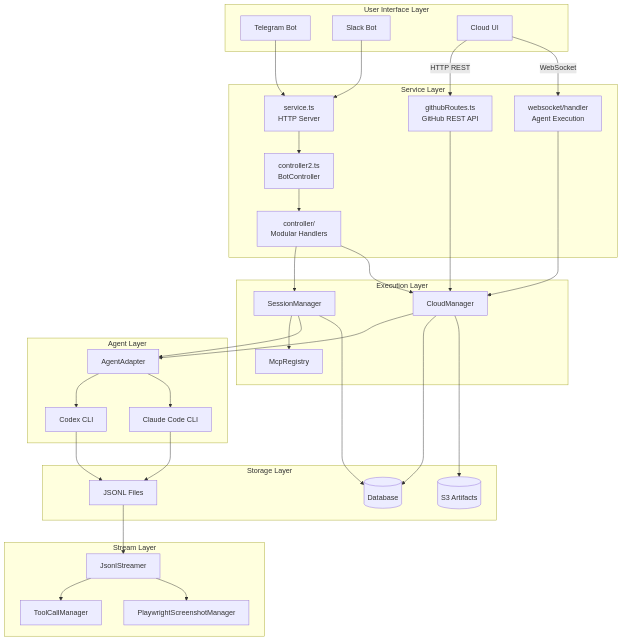
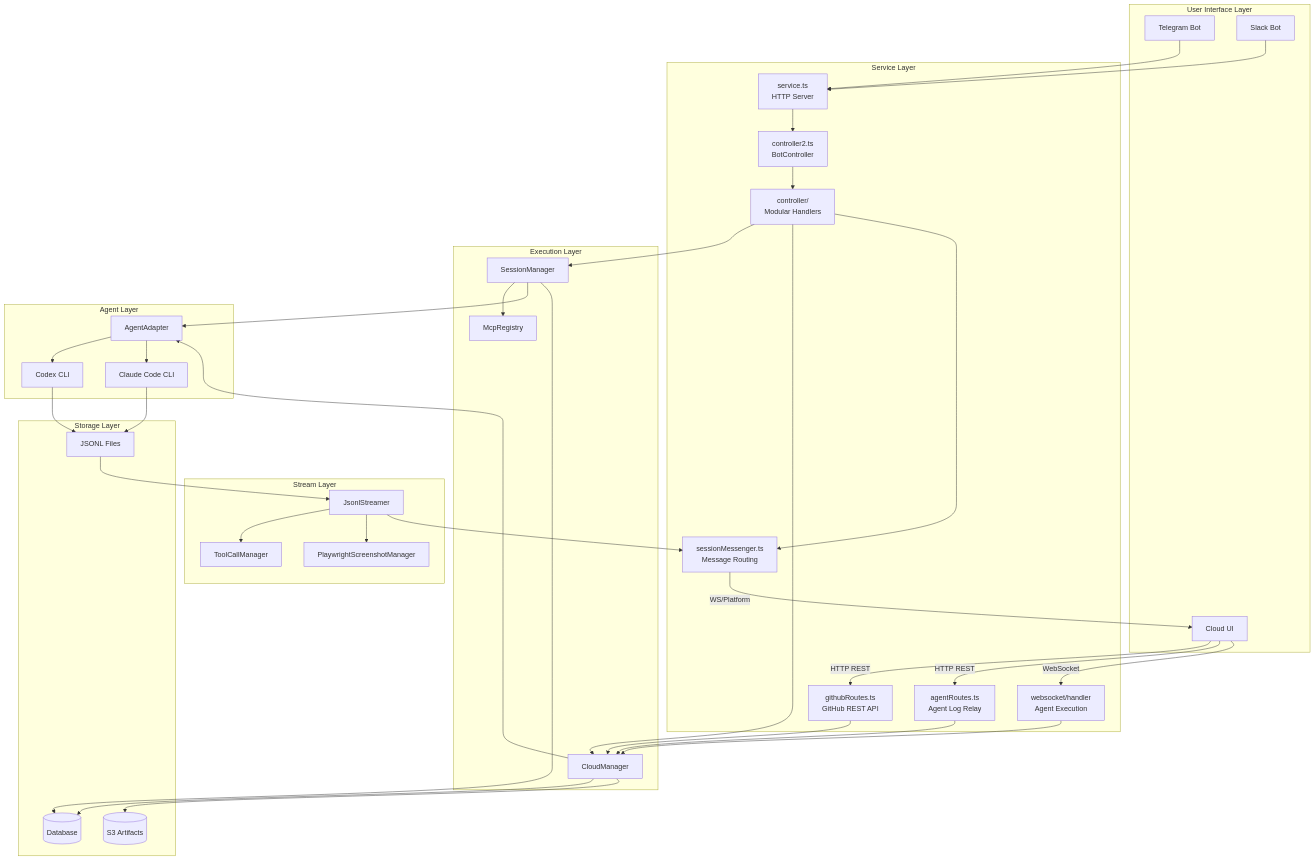
One commit to MichaelC001/tintin changed the first of 6 diagrams in docs/ARCHITECTURE.md. Above: the diagram before and after it, drawn with Mermaid. The commit also changed other lines of this file and 5 other files, not shown here.

````diff
--- a/docs/ARCHITECTURE.md
+++ b/docs/ARCHITECTURE.md
@@ -7,64 +7,71 @@
 ```mermaid
 graph TB
     subgraph UI["User Interface Layer"]
         TG[Telegram Bot]
         SL[Slack Bot]
         CUI[Cloud UI]
     end
 
     subgraph Service["Service Layer"]
         SVC[service.ts<br/>HTTP Server]
         CTL[controller2.ts<br/>BotController]
         CTRL[controller/<br/>Modular Handlers]
+        MSG[sessionMessenger.ts<br/>Message Routing]
         GHR[githubRoutes.ts<br/>GitHub REST API]
+        AGR[agentRoutes.ts<br/>Agent Log Relay]
         WSH[websocket/handler<br/>Agent Execution]
     end
 
     subgraph Execution["Execution Layer"]
         SM[SessionManager]
         CM[CloudManager]
         MCP[McpRegistry]
     end
 
     subgraph Agent["Agent Layer"]
         AA[AgentAdapter]
         COD[Codex CLI]
         CC[Claude Code CLI]
     end
 
     subgraph Stream["Stream Layer"]
         JS[JsonlStreamer]
         TCM[ToolCallManager]
         PSM[PlaywrightScreenshotManager]
     end
 
     subgraph Storage["Storage Layer"]
         DB[(Database)]
         JL[JSONL Files]
         S3[(S3 Artifacts)]
     end
 
     TG --> SVC
     SL --> SVC
     CUI -->|HTTP REST| GHR
+    CUI -->|HTTP REST| AGR
     CUI -->|WebSocket| WSH
     SVC --> CTL
     CTL --> CTRL
     CTRL --> SM
     CTRL --> CM
+    CTRL --> MSG
     GHR --> CM
+    AGR --> CM
     WSH --> CM
+    MSG -->|WS/Platform| CUI
     SM --> MCP
     SM --> AA
     CM --> AA
     AA --> COD
     AA --> CC
     COD --> JL
     CC --> JL
     JL --> JS
     JS --> TCM
     JS --> PSM
+    JS --> MSG
     SM --> DB
     CM --> DB
     CM --> S3
 ```
````
